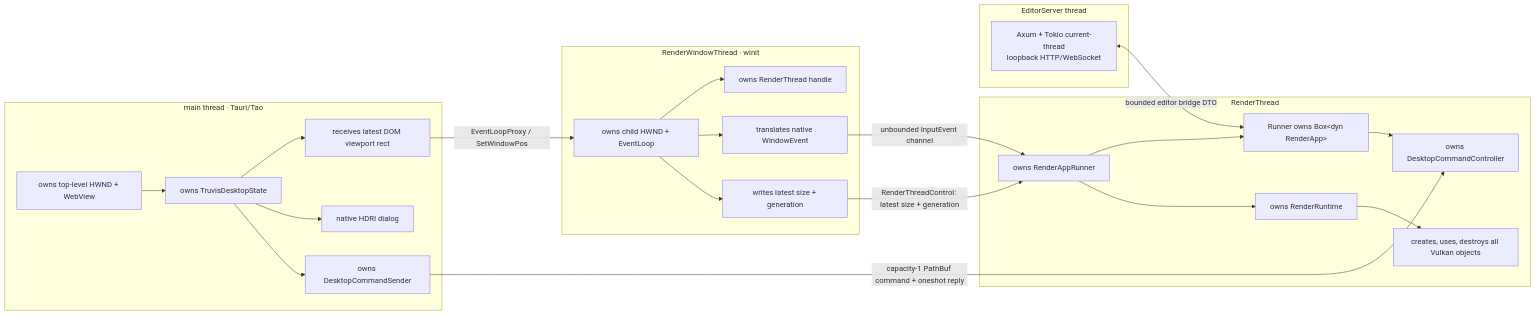
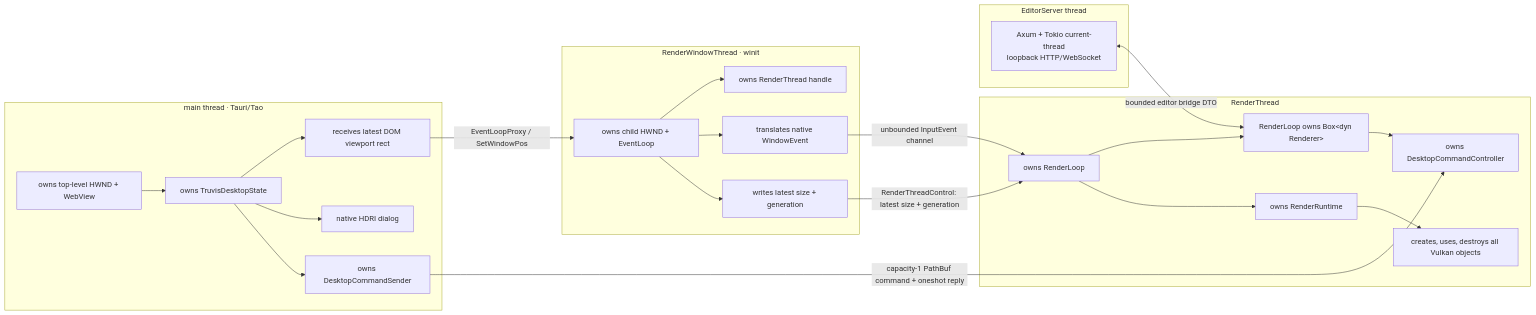
Before and after one commit to acccoco/TruvisRenderer: the diagram in docs/summaries/threading-and-resource-lifecycle.md, drawn with Mermaid. The commit also changed other lines of this file and 102 other files, not shown here.

Commit message:
[update/refactor] 统一 Renderer 与 RenderLoop 命名

````diff
--- a/docs/summaries/threading-and-resource-lifecycle.md
+++ b/docs/summaries/threading-and-resource-lifecycle.md
@@ -10,46 +10,46 @@
 ```mermaid
 flowchart LR
     subgraph MainThread["main thread · Tauri/Tao"]
         Parent["owns top-level HWND + WebView"]
         Desktop["owns TruvisDesktopState"]
         DomRect["receives latest DOM viewport rect"]
         Dialog["native HDRI dialog"]
         Sender["owns DesktopCommandSender"]
         Parent --> Desktop
         Desktop --> DomRect
         Desktop --> Dialog
         Desktop --> Sender
     end
 
     subgraph WindowThread["RenderWindowThread · winit"]
         Child["owns child HWND + EventLoop"]
         ThreadHandle["owns RenderThread handle"]
         Input["translates native WindowEvent"]
         Size["writes latest size + generation"]
         Child --> ThreadHandle
         Child --> Input
         Child --> Size
     end
 
     subgraph RenderThread["RenderThread"]
-        Runner["owns RenderAppRunner"]
-        RenderApp["Runner owns Box&lt;dyn RenderApp&gt;"]
+        RenderLoop["owns RenderLoop"]
+        Renderer["RenderLoop owns Box&lt;dyn Renderer&gt;"]
         DesktopCommand["owns DesktopCommandController"]
         Runtime["owns RenderRuntime"]
         Vulkan["creates, uses, destroys all Vulkan objects"]
-        Runner --> RenderApp
-        Runner --> Runtime
-        RenderApp --> DesktopCommand
+        RenderLoop --> Renderer
+        RenderLoop --> Runtime
+        Renderer --> DesktopCommand
         Runtime --> Vulkan
     end
 
     subgraph ServerThread["EditorServer thread"]
         Server["Axum + Tokio current-thread<br/>loopback HTTP/WebSocket"]
     end
 
     DomRect -- "EventLoopProxy / SetWindowPos" --> Child
     Sender -- "capacity-1 PathBuf command + oneshot reply" --> DesktopCommand
-    Input -- "unbounded InputEvent channel" --> Runner
-    Size -- "RenderThreadControl: latest size + generation" --> Runner
-    Server <-- "bounded editor bridge DTO" --> RenderApp
+    Input -- "unbounded InputEvent channel" --> RenderLoop
+    Size -- "RenderThreadControl: latest size + generation" --> RenderLoop
+    Server <-- "bounded editor bridge DTO" --> Renderer
 ```
````
